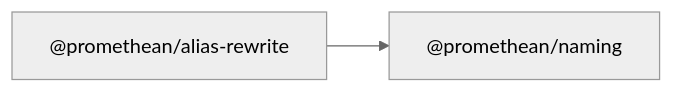
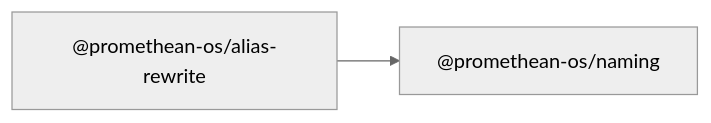
One commit to octave-commons/promethean changed the diagram in docs/packages/alias-rewrite/README.md. Above: the diagram before and after it, drawn with Mermaid (neutral theme). The commit also changed other lines of this file and 1753 other files, not shown here.

````diff
--- a/docs/packages/alias-rewrite/README.md
+++ b/docs/packages/alias-rewrite/README.md
@@ -14,7 +14,7 @@
 ```mermaid
 graph LR
-  A["@promethean/alias-rewrite"]
-  D1["@promethean/naming"]
-  A --> D1["@promethean/naming"]
-  click D1 "../naming/README.md" "@promethean/naming"
+  A["@promethean-os/alias-rewrite"]
+  D1["@promethean-os/naming"]
+  A --> D1["@promethean-os/naming"]
+  click D1 "../naming/README.md" "@promethean-os/naming"
 ```
````
